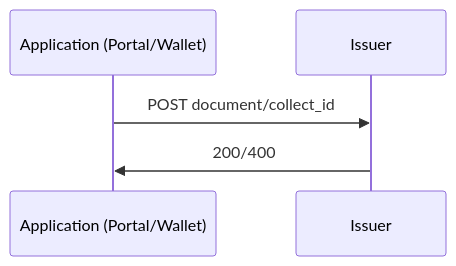
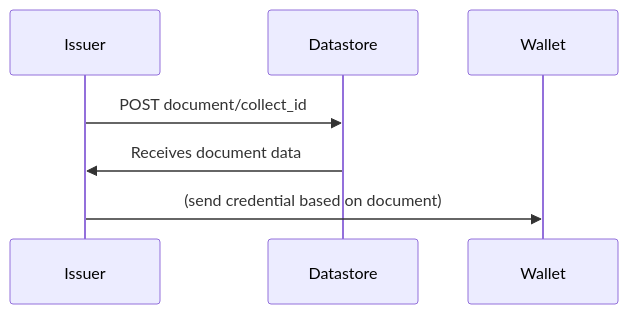
The sixth of 12 diagrams in standards/apiv28.md (dc4eu/vc), drawn with Mermaid before and after one commit. The commit also changed other lines of this file, not shown here.

Commit message:
Small corrections

````diff
--- a/standards/apiv28.md
+++ b/standards/apiv28.md
@@ -260,5 +260,6 @@
 ```mermaid
     sequenceDiagram;
-    Application (Portal/Wallet)->>Issuer: POST document/collect_id;
-    Issuer->>Application (Portal/Wallet): 200/400;
+    Issuer->>Datastore: POST document/collect_id;
+    Datastore->>Issuer: Receives document data;
+    Issuer->>Wallet: (send credential based on document);
 ```
````
